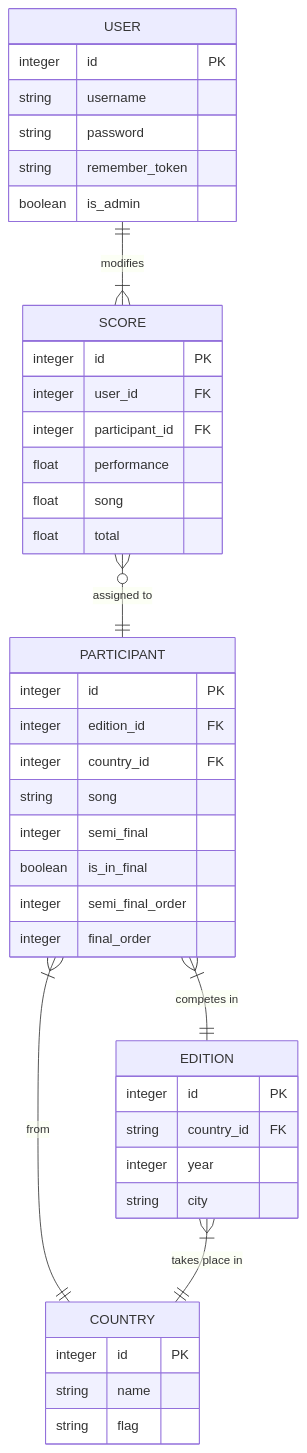
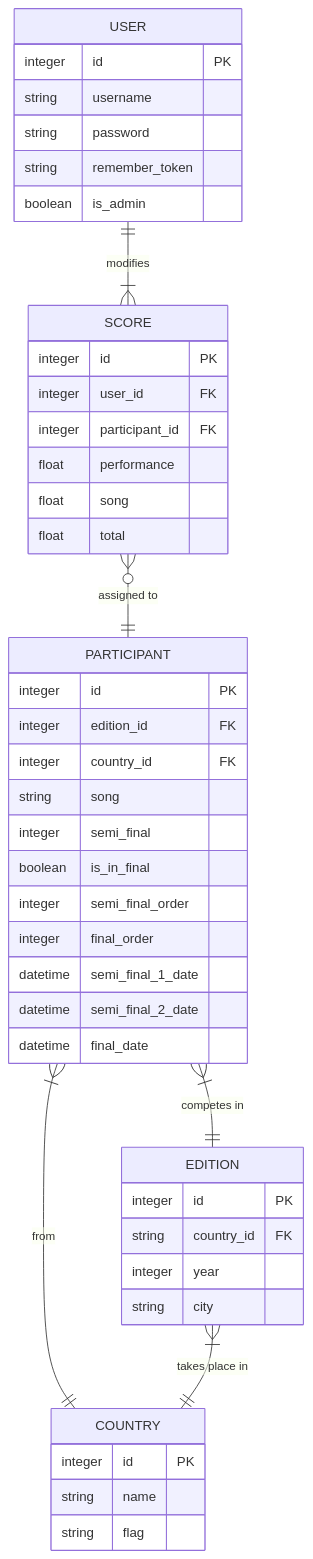
One commit to MikeEbbe/euroscorer changed the third of 3 diagrams in README.md. Above: the diagram before and after it, drawn with Mermaid. The commit also changed 8 other files, not shown here.

Commit message:
Countdown timer that counts down to first semi-final of upcoming edition

````diff
--- a/README.md
+++ b/README.md
@@ -57,44 +57,47 @@
 ```mermaid
 erDiagram
     USER ||--|{ SCORE : modifies
     USER {
         integer id PK
         string username
         string password
         string remember_token
         boolean is_admin
     }
     SCORE o{--|| PARTICIPANT : "assigned to"
     SCORE {
         integer id PK
         integer user_id FK
         integer participant_id FK
         float performance
         float song
         float total
     }
     PARTICIPANT |{--|| EDITION : "competes in"
     PARTICIPANT |{--|| COUNTRY : from
     PARTICIPANT {
         integer id PK
         integer edition_id FK
         integer country_id FK
         string song
         integer semi_final
         boolean is_in_final
         integer semi_final_order
         integer final_order
+        datetime semi_final_1_date
+        datetime semi_final_2_date
+        datetime final_date
     }
     EDITION |{--|| COUNTRY : "takes place in"
     EDITION {
         integer id PK
         string country_id FK
         integer year
         string city
     }
     COUNTRY {
         integer id PK
         string name
         string flag
     }
 ```
````
